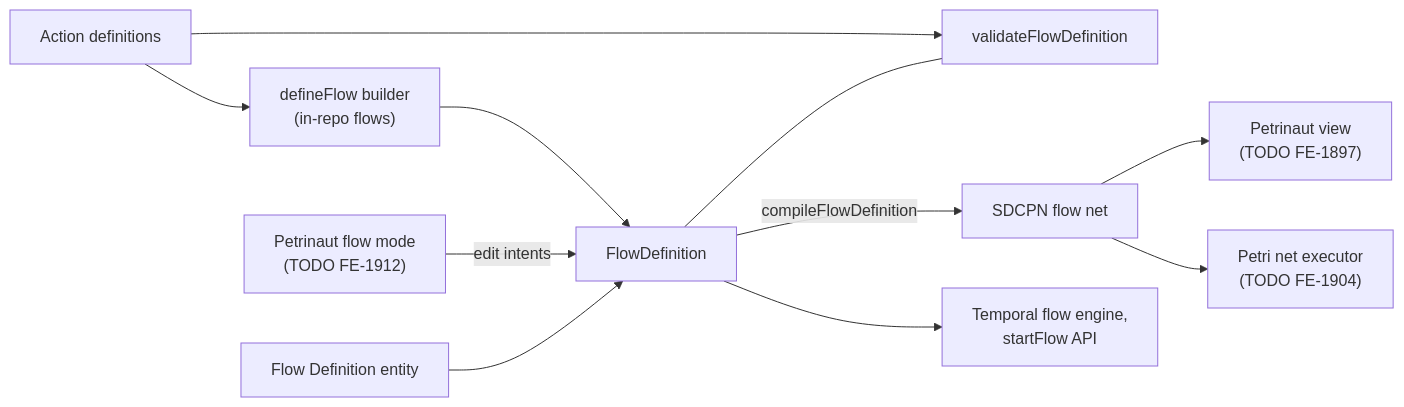
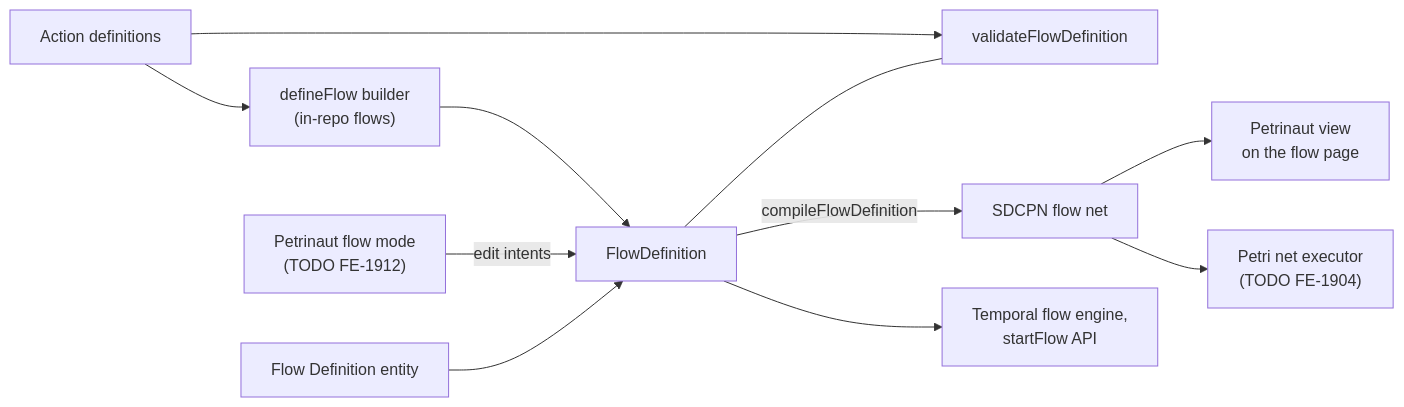
The first of 3 diagrams in libs/@local/flow-petri-net/README.md (hashintel/hash), drawn with Mermaid before and after one commit.

Commit message:
Remove the FE-1897 TODO from the flow net README, now the flow page shows the net

````diff
--- a/libs/@local/flow-petri-net/README.md
+++ b/libs/@local/flow-petri-net/README.md
@@ -9,24 +9,24 @@
 ```mermaid
 flowchart LR
   actions["Action definitions"]
   builder["defineFlow builder<br/>(in-repo flows)"]
   flowMode["Petrinaut flow mode<br/>(TODO FE-1912)"]
   stored["Flow Definition entity"]
   definition["FlowDefinition"]
   validate["validateFlowDefinition"]
   net["SDCPN flow net"]
   engine["Temporal flow engine,<br/>startFlow API"]
-  petrinaut["Petrinaut view<br/>(TODO FE-1897)"]
+  petrinaut["Petrinaut view<br/>on the flow page"]
   executor["Petri net executor<br/>(TODO FE-1904)"]
 
   actions --> builder
   actions --> validate
   builder --> definition
   flowMode -->|edit intents| definition
   stored --> definition
   definition --- validate
   definition --> engine
   definition -->|compileFlowDefinition| net
   net --> petrinaut
   net --> executor
 ```
````
